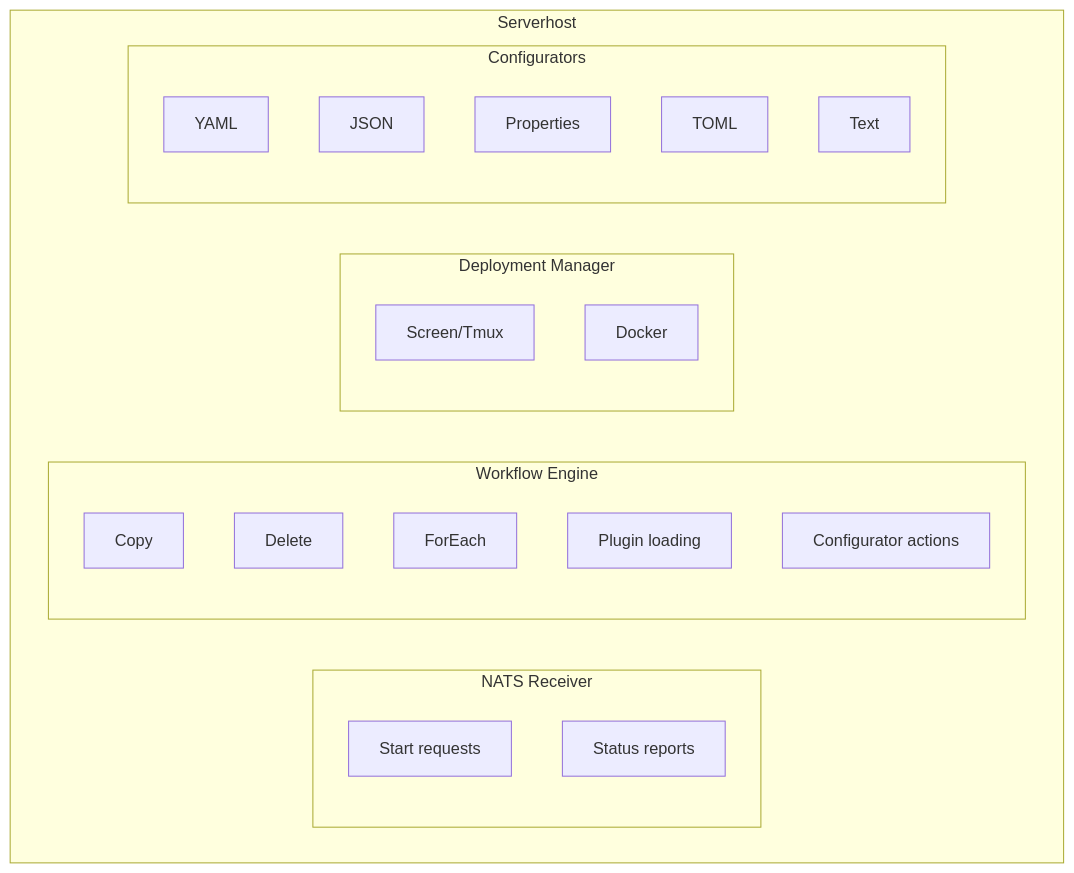
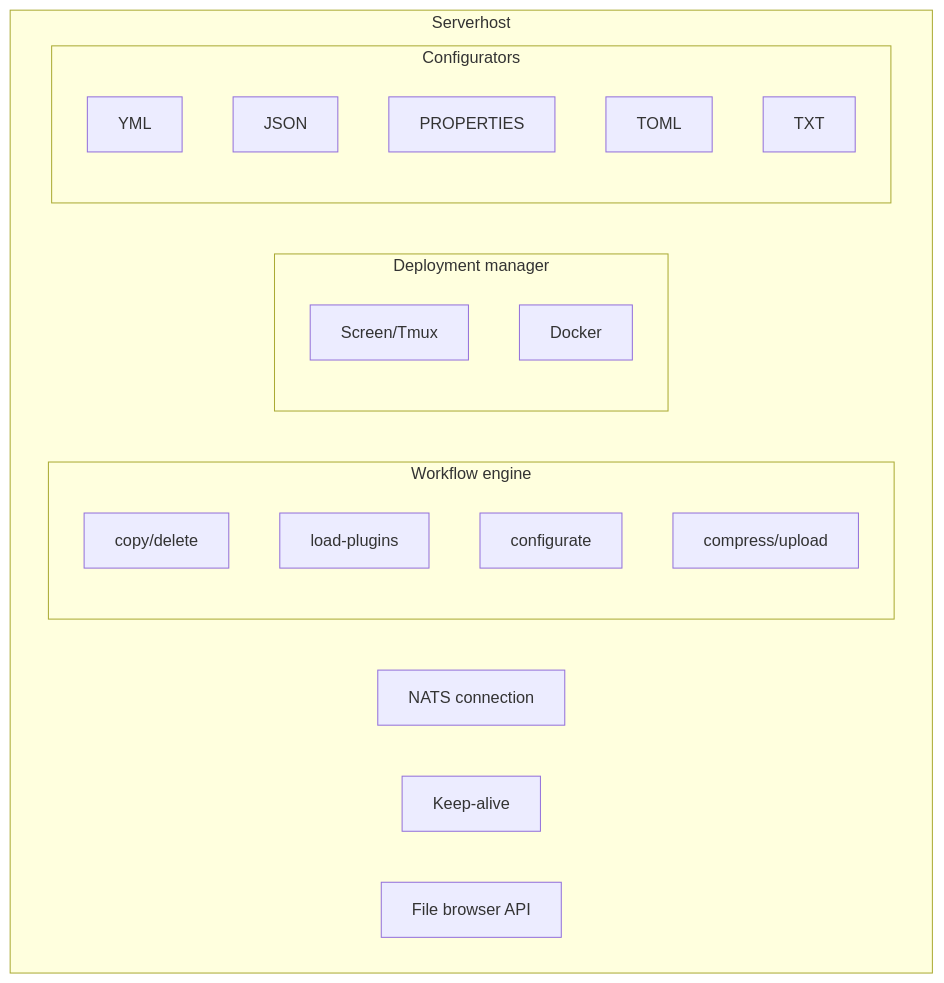
The first of 2 diagrams in en/manual/introduction/architecture/serverhost.mdx (simplecloudapp/docs), drawn with Mermaid before and after one commit. The commit also changed other lines of this file and 46 other files, not shown here.

````diff
--- a/en/manual/introduction/architecture/serverhost.mdx
+++ b/en/manual/introduction/architecture/serverhost.mdx
@@ -44,30 +39,28 @@
 ```mermaid
 flowchart TB
     subgraph Serverhost["Serverhost"]
-        subgraph NATS["NATS Receiver"]
-            Start["Start requests"]
-            Status["Status reports"]
+        NATS["NATS connection"]
+        KeepAlive["Keep-alive"]
+        FileBrowser["File browser API"]
+
+        subgraph Workflow["Workflow engine"]
+            Copy["copy/delete"]
+            Plugins["load-plugins"]
+            Config["configurate"]
+            Archives["compress/upload"]
         end
 
-        subgraph Workflow["Workflow Engine"]
-            Copy["Copy"]
-            Delete["Delete"]
-            ForEach["ForEach"]
-            Plugins["Plugin loading"]
-            Config["Configurator actions"]
-        end
-
-        subgraph Deploy["Deployment Manager"]
+        subgraph Deploy["Deployment manager"]
             Screen["Screen/Tmux"]
             Docker["Docker"]
         end
 
         subgraph Configs["Configurators"]
-            YAML["YAML"]
+            YAML["YML"]
             JSON["JSON"]
-            Props["Properties"]
+            Props["PROPERTIES"]
             TOML["TOML"]
-            Text["Text"]
+            Text["TXT"]
         end
     end
 ```
````
